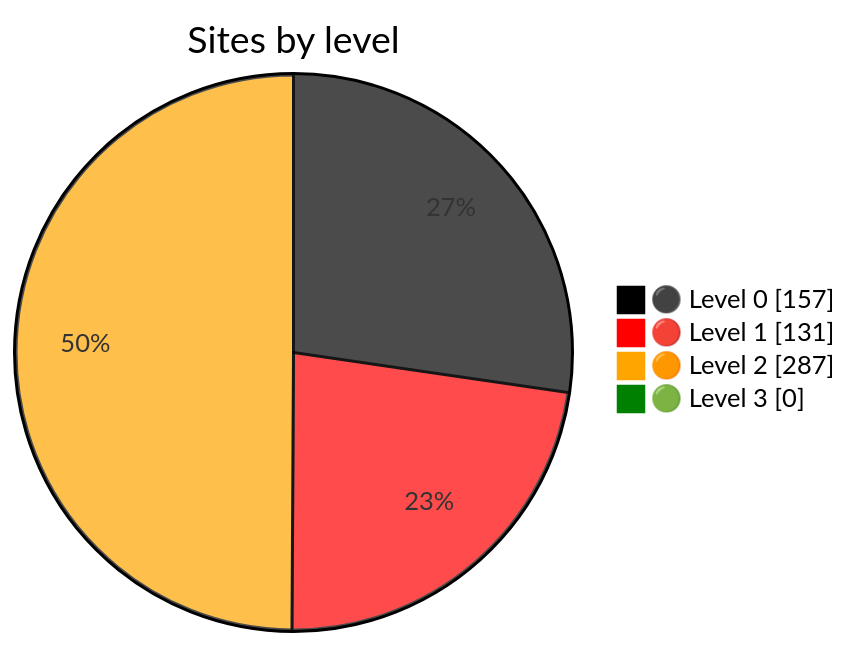
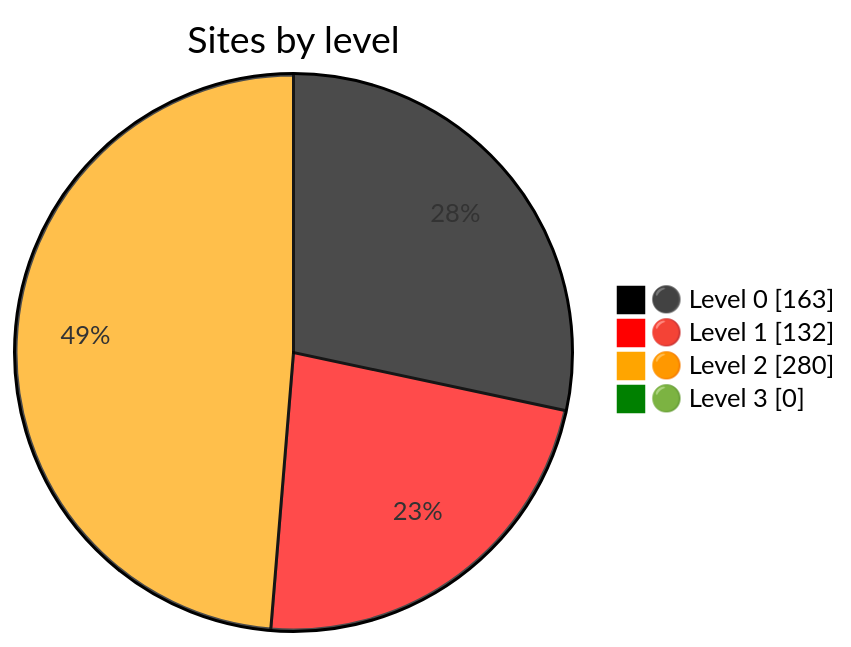
Before and after one commit to nuuuwan/gov_lk_web_auditor: the diagram in README.md, drawn with Mermaid. The commit also changed other lines of this file and 2631 other files, not shown here.

````diff
--- a/README.md
+++ b/README.md
@@ -24,9 +24,9 @@
 ```mermaid
 %%{init: {"themeVariables":{"pie1":"black","pie2":"red","pie3":"orange","pie4":"green"}}}%%
 pie showData
     title Sites by level
-    "⚫ Level 0" : 157
-    "🔴 Level 1" : 131
-    "🟠 Level 2" : 287
+    "⚫ Level 0" : 163
+    "🔴 Level 1" : 132
+    "🟠 Level 2" : 280
     "🟢 Level 3" : 0
 ```
````
